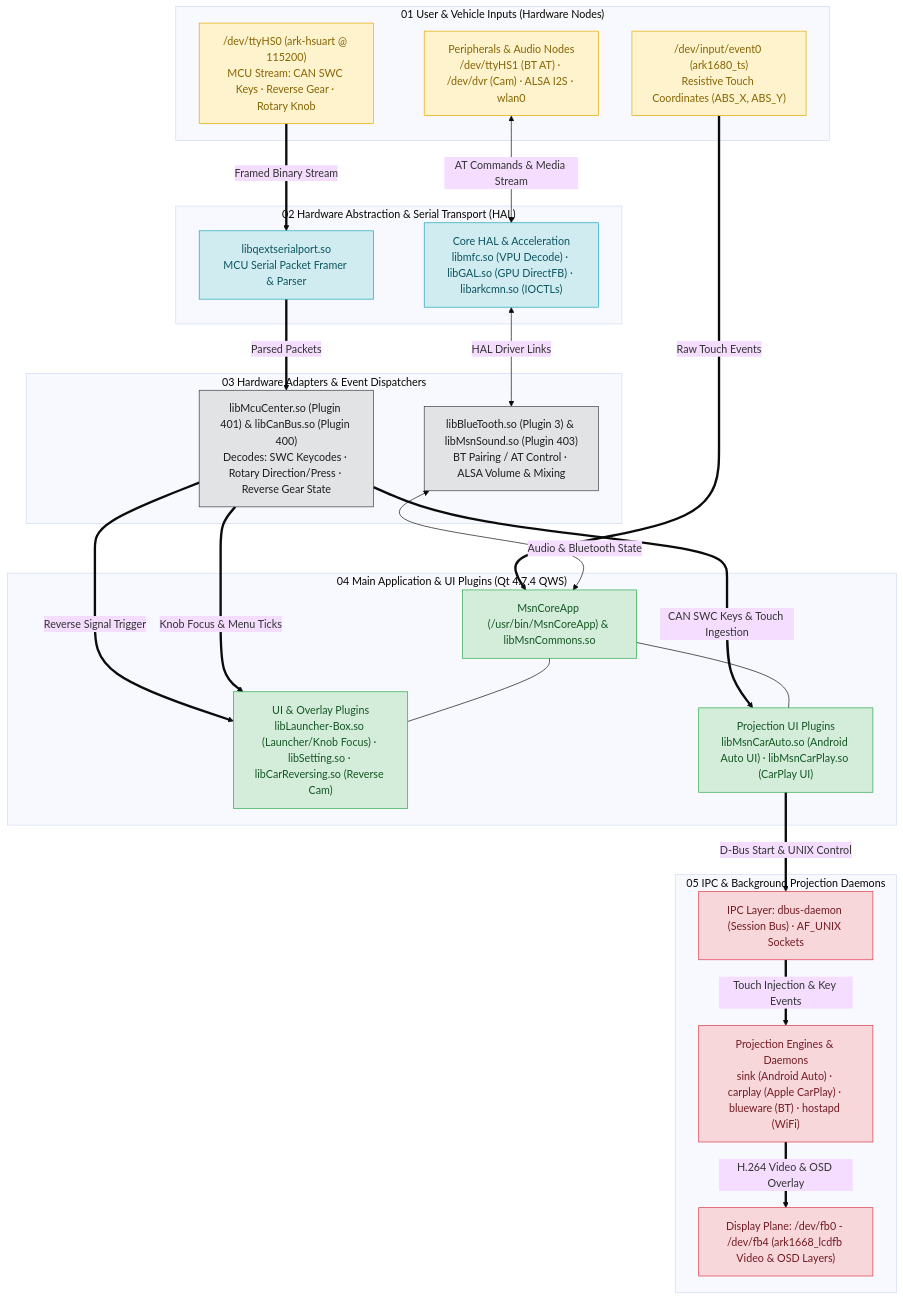
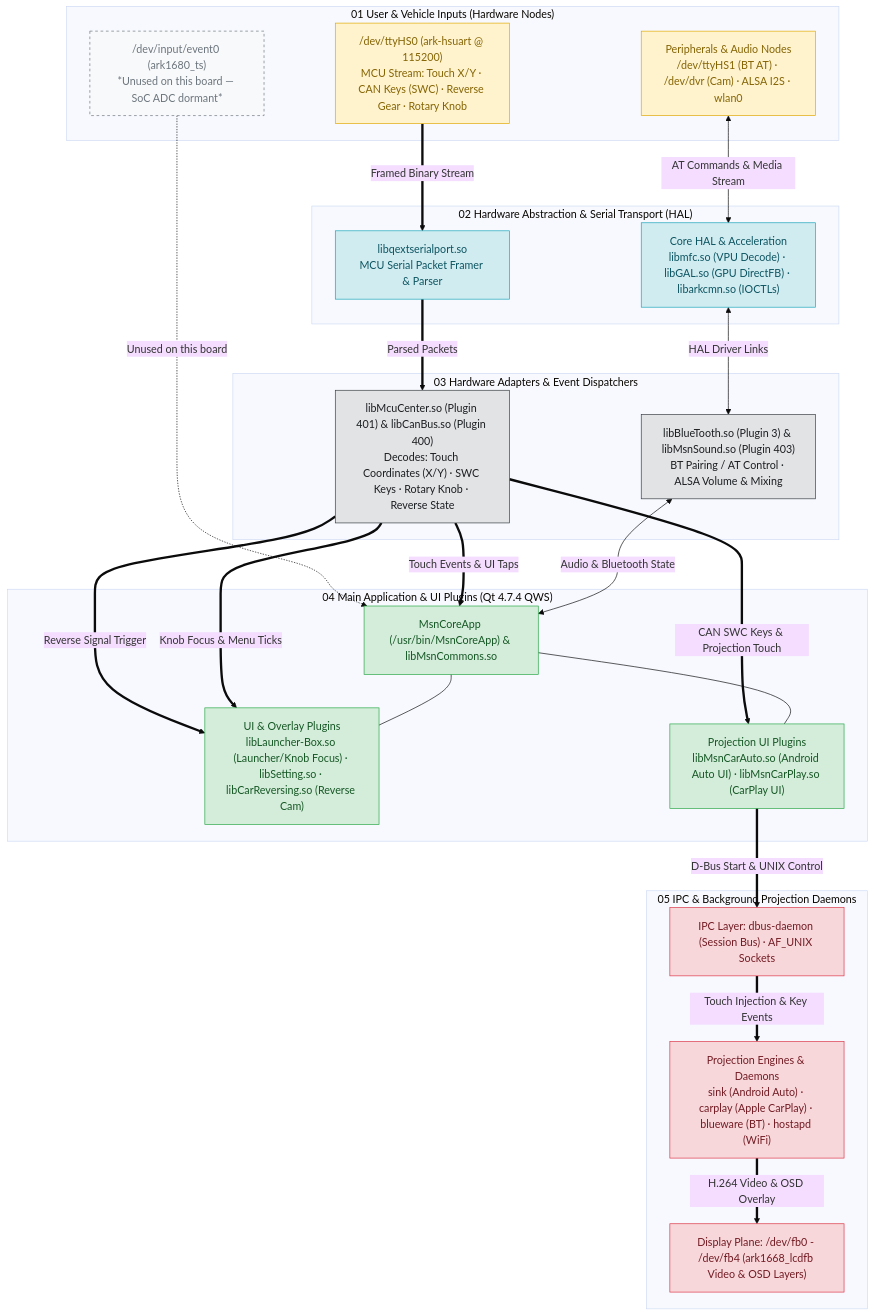
The third of 3 diagrams in README.md (yogihybo/Limcet-P305-Box-Android-Auto-Carplay), drawn with Mermaid (base theme) before and after one commit. The commit also changed other lines of this file, not shown here.

Commit message:
docs: Mark event0 as dormant/unused on this board and route touchscreen events through MCU serial layer in architecture diagram and hardware table

````diff
--- a/README.md
+++ b/README.md
@@ -195,65 +195,68 @@
 ```mermaid
 flowchart TD
     subgraph S1["01 User & Vehicle Inputs (Hardware Nodes)"]
-        TouchNode["/dev/input/event0 (ark1680_ts)<br/>Resistive Touch Coordinates (ABS_X, ABS_Y)"]
-        MCUNode["/dev/ttyHS0 (ark-hsuart @ 115200)<br/>MCU Stream: CAN SWC Keys · Reverse Gear · Rotary Knob"]
+        TouchNode["/dev/input/event0 (ark1680_ts)<br/>*Unused on this board — SoC ADC dormant*"]
+        MCUNode["/dev/ttyHS0 (ark-hsuart @ 115200)<br/>MCU Stream: Touch X/Y · CAN Keys (SWC) · Reverse Gear · Rotary Knob"]
         MediaNodes["Peripherals & Audio Nodes<br/>/dev/ttyHS1 (BT AT) · /dev/dvr (Cam) · ALSA I2S · wlan0"]
     end
 
     subgraph S2["02 Hardware Abstraction & Serial Transport (HAL)"]
         libQExt["libqextserialport.so<br/>MCU Serial Packet Framer & Parser"]
         libHAL["Core HAL & Acceleration<br/>libmfc.so (VPU Decode) · libGAL.so (GPU DirectFB) · libarkcmn.so (IOCTLs)"]
     end
 
     subgraph S3["03 Hardware Adapters & Event Dispatchers"]
-        McuAdapter["libMcuCenter.so (Plugin 401) & libCanBus.so (Plugin 400)<br/>Decodes: SWC Keycodes · Rotary Direction/Press · Reverse Gear State"]
+        McuAdapter["libMcuCenter.so (Plugin 401) & libCanBus.so (Plugin 400)<br/>Decodes: Touch Coordinates (X/Y) · SWC Keys · Rotary Knob · Reverse State"]
         BTAdapter["libBlueTooth.so (Plugin 3) & libMsnSound.so (Plugin 403)<br/>BT Pairing / AT Control · ALSA Volume & Mixing"]
     end
 
     subgraph S4["04 Main Application & UI Plugins (Qt 4.7.4 QWS)"]
         MainApp["MsnCoreApp (/usr/bin/MsnCoreApp) & libMsnCommons.so"]
         UIPlugins["UI & Overlay Plugins<br/>libLauncher-Box.so (Launcher/Knob Focus) · libSetting.so · libCarReversing.so (Reverse Cam)"]
         ProjPlugins["Projection UI Plugins<br/>libMsnCarAuto.so (Android Auto UI) · libMsnCarPlay.so (CarPlay UI)"]
     end
 
     subgraph S5["05 IPC & Background Projection Daemons"]
         IPC["IPC Layer: dbus-daemon (Session Bus) · AF_UNIX Sockets"]
         Daemons["Projection Engines & Daemons<br/>sink (Android Auto) · carplay (Apple CarPlay) · blueware (BT) · hostapd (WiFi)"]
         DevFB["Display Plane: /dev/fb0 - /dev/fb4 (ark1668_lcdfb Video & OSD Layers)"]
     end
 
     %% Tier 1 -> Tier 2
-    TouchNode ==>|Raw Touch Events| MainApp
+    TouchNode -.->|Unused on this board| MainApp
     MCUNode ==>|Framed Binary Stream| libQExt
     MediaNodes <-->|AT Commands & Media Stream| libHAL
 
     %% Tier 2 -> Tier 3
     libQExt ==>|Parsed Packets| McuAdapter
     libHAL <-->|HAL Driver Links| BTAdapter
 
     %% Tier 3 -> Tier 4
+    McuAdapter ==>|Touch Events & UI Taps| MainApp
     McuAdapter ==>|Reverse Signal Trigger| UIPlugins
     McuAdapter ==>|Knob Focus & Menu Ticks| UIPlugins
-    McuAdapter ==>|CAN SWC Keys & Touch Ingestion| ProjPlugins
+    McuAdapter ==>|CAN SWC Keys & Projection Touch| ProjPlugins
     BTAdapter <-->|Audio & Bluetooth State| MainApp
 
     %% Tier 4 -> Tier 5
     MainApp --- UIPlugins
     MainApp --- ProjPlugins
     ProjPlugins ==>|D-Bus Start & UNIX Control| IPC
     IPC ==>|Touch Injection & Key Events| Daemons
     Daemons ==>|H.264 Video & OSD Overlay| DevFB
 
     %% Styling
     classDef input fill:#fff3cd,stroke:#e0a800,color:#856404
     classDef hal fill:#d1ecf1,stroke:#17a2b8,color:#0c5460
     classDef adapter fill:#e2e3e5,stroke:#383d41,color:#1b1e21
     classDef app fill:#d4edda,stroke:#28a745,color:#155724
     classDef daemon fill:#f8d7da,stroke:#dc3545,color:#721c24
+    classDef dormant fill:#f8f9fa,stroke:#6c757d,color:#6c757d,stroke-dasharray: 4 4
 
-    class TouchNode,MCUNode,MediaNodes input
+    class MCUNode,MediaNodes input
+    class TouchNode dormant
     class libQExt,libHAL hal
     class McuAdapter,BTAdapter adapter
     class MainApp,UIPlugins,ProjPlugins app
     class IPC,Daemons,DevFB daemon
 ```
````
